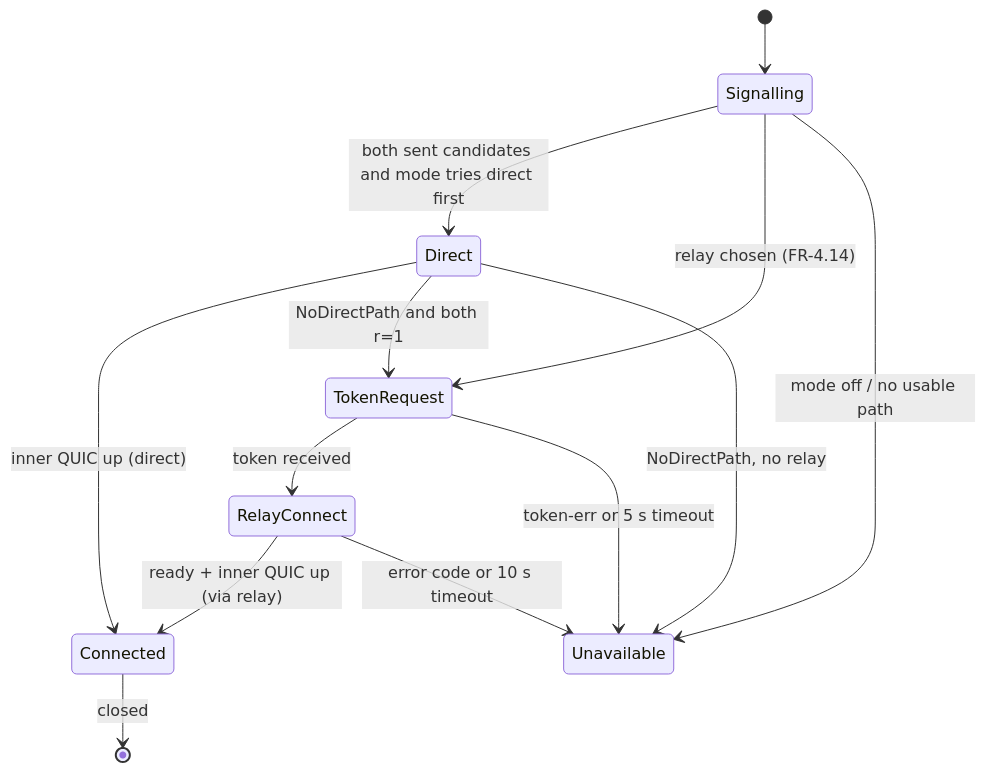
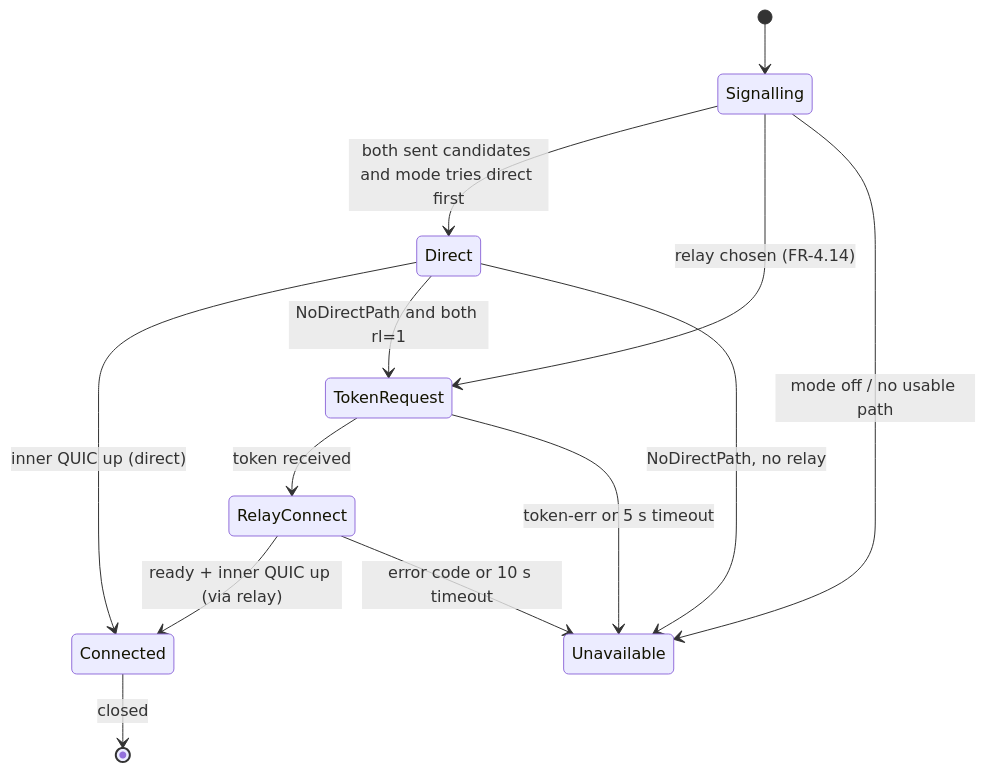
Before and after one commit to Mumcord/mumcord: the fifth of 6 diagrams in specs/04-mumpeer-relay-specification.md, drawn with Mermaid. The commit also changed other lines of this file, not shown here.

````diff
--- a/specs/04-mumpeer-relay-specification.md
+++ b/specs/04-mumpeer-relay-specification.md
@@ -292,15 +292,15 @@
 ```mermaid
 stateDiagram-v2
     [*] --> Signalling
     Signalling --> Direct: both sent candidates and mode tries direct first
     Signalling --> TokenRequest: relay chosen (FR-4.14)
     Signalling --> Unavailable: mode off / no usable path
     Direct --> Connected: inner QUIC up (direct)
-    Direct --> TokenRequest: NoDirectPath and both r=1
+    Direct --> TokenRequest: NoDirectPath and both rl=1
     Direct --> Unavailable: NoDirectPath, no relay
     TokenRequest --> RelayConnect: token received
     TokenRequest --> Unavailable: token-err or 5 s timeout
     RelayConnect --> Connected: ready + inner QUIC up (via relay)
     RelayConnect --> Unavailable: error code or 10 s timeout
     Connected --> [*]: closed
 ```
````
